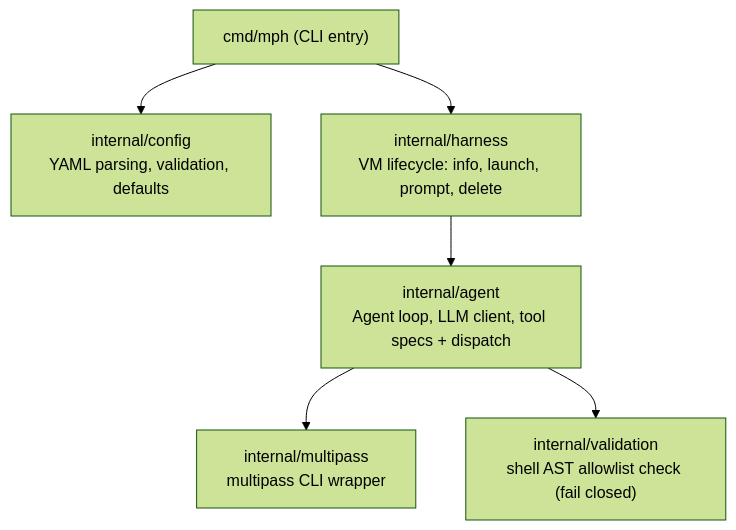
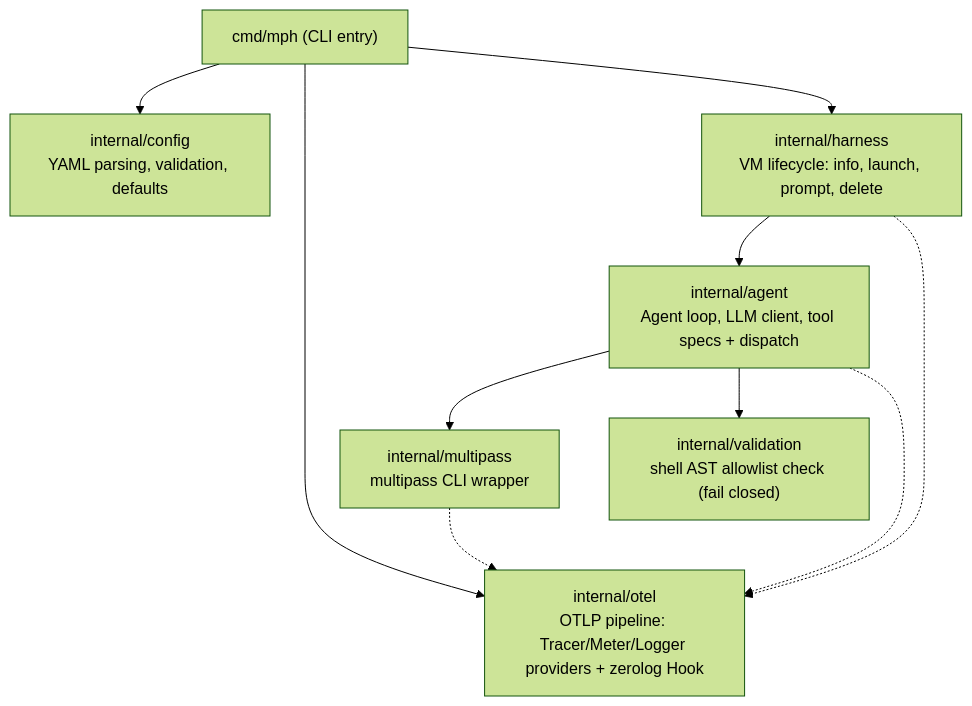
One commit to trollLemon/MPHarness changed the first of 2 diagrams in docs/reference/arch.md. Above: the diagram before and after it, drawn with Mermaid (forest theme). The commit also changed other lines of this file and 15 other files, not shown here.

````diff
--- a/docs/reference/arch.md
+++ b/docs/reference/arch.md
@@ -11,15 +11,20 @@
 ```mermaid
 flowchart TD
     CLI["cmd/mph (CLI entry)"]
     CONF["internal/config<br/>YAML parsing, validation, defaults"]
+    OTEL["internal/otel<br/>OTLP pipeline: Tracer/Meter/Logger providers + zerolog Hook"]
     AGENT["internal/agent<br/>Agent loop, LLM client, tool specs + dispatch"]
     HARNESS["internal/harness<br/>VM lifecycle: info, launch, prompt, delete"]
     MULTIPASS["internal/multipass<br/>multipass CLI wrapper"]
     VALIDATE["internal/validation<br/>shell AST allowlist check (fail closed)"]
 
     CLI --> CONF
+    CLI --> OTEL
     CLI --> HARNESS
     HARNESS --> AGENT
     AGENT --> MULTIPASS
     AGENT --> VALIDATE
+    HARNESS -.-> OTEL
+    AGENT -.-> OTEL
+    MULTIPASS -.-> OTEL
 ```
````
